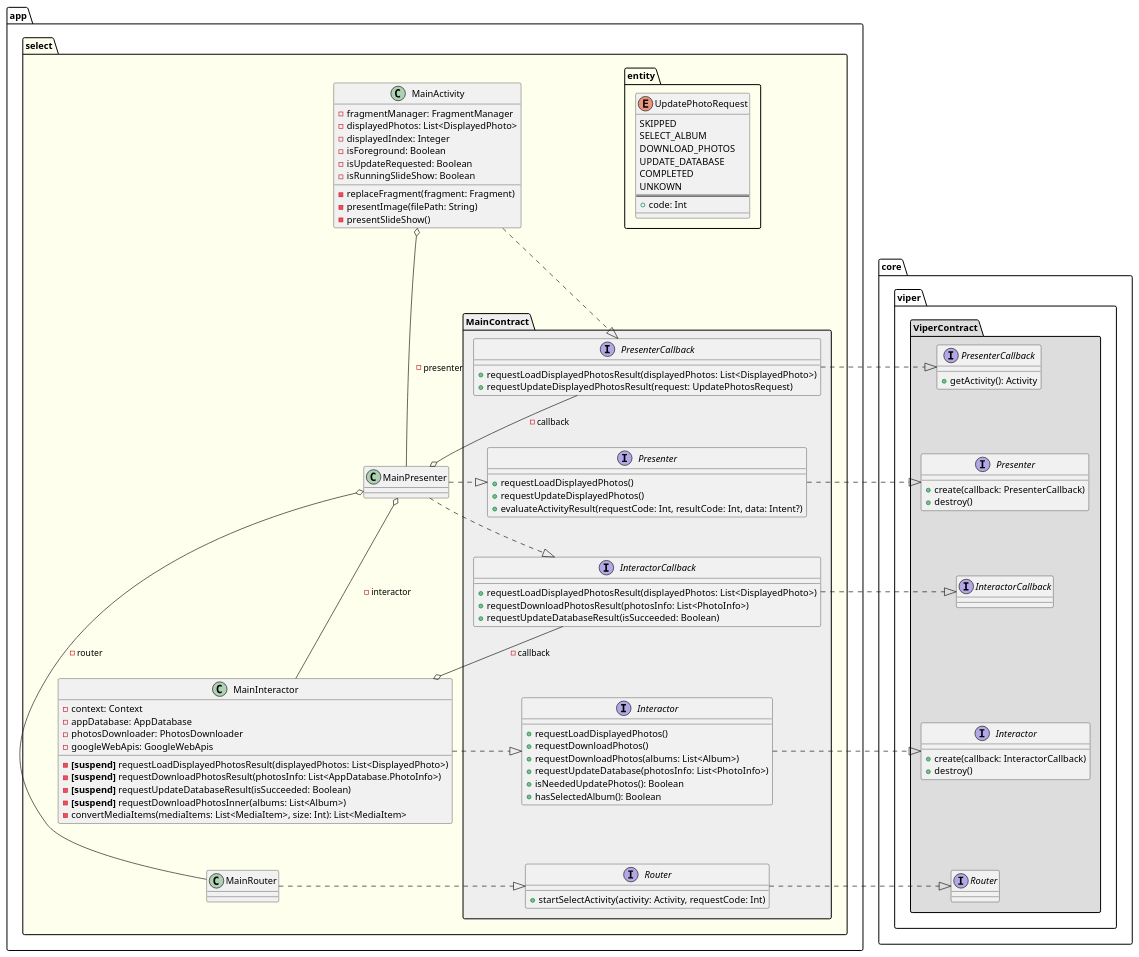
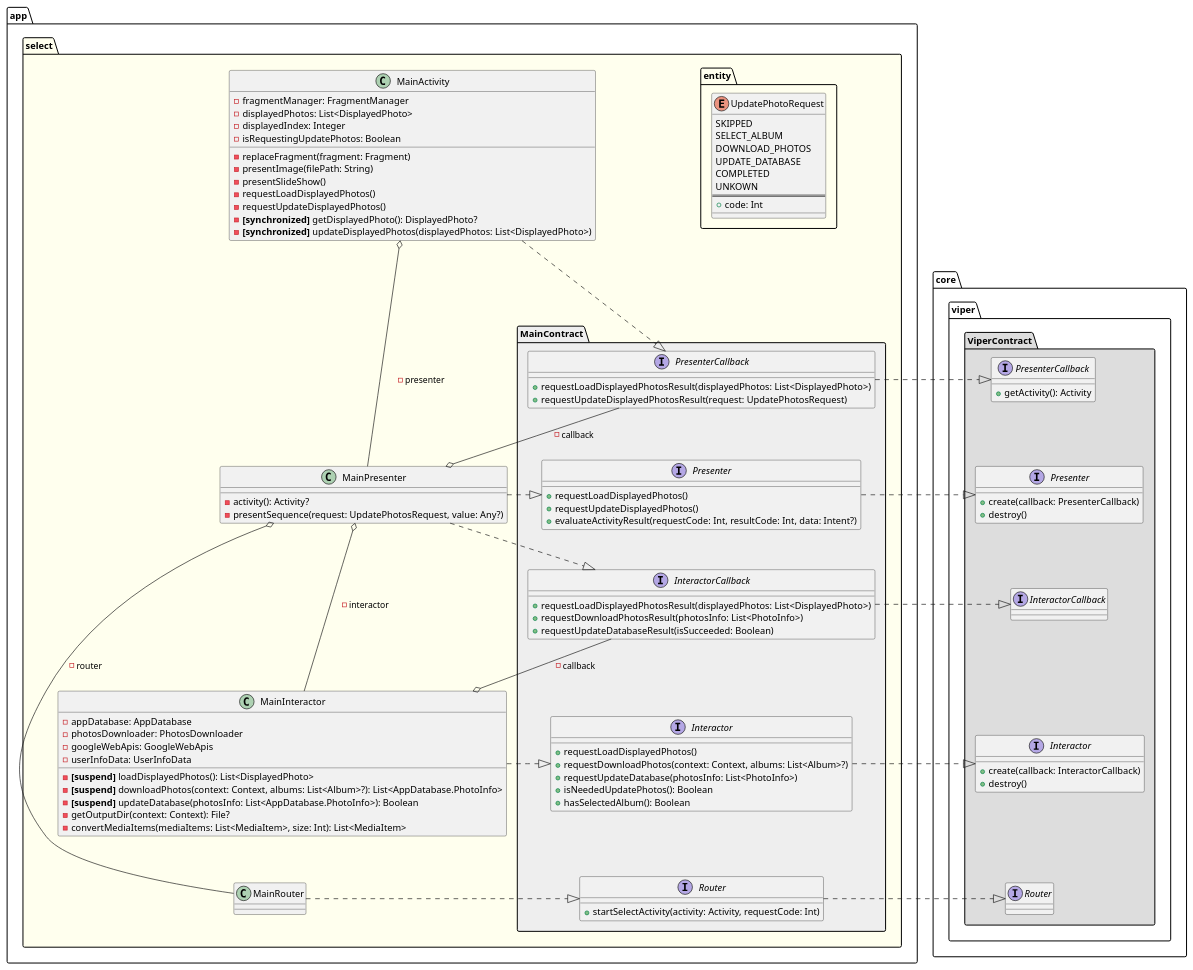
The diagram in uml/main/class_diagram_main_viper.md (sallyluenoa/PhotoSlideShow), drawn with PlantUML before and after one commit. The commit also changed 18 other files, not shown here.

First line of the commit message:
Write UML for design #13

```diff
--- a/uml/main/class_diagram_main_viper.md
+++ b/uml/main/class_diagram_main_viper.md
@@ -34,8 +34,7 @@
     }
     interface Interactor {
       + requestLoadDisplayedPhotos()
-      + requestDownloadPhotos()
-      + requestDownloadPhotos(albums: List<Album>)
+      + requestDownloadPhotos(context: Context, albums: List<Album>?)
       + requestUpdateDatabase(photosInfo: List<PhotoInfo>)
       + isNeededUpdatePhotos(): Boolean
       + hasSelectedAlbum(): Boolean
@@ -73,23 +72,28 @@
     - fragmentManager: FragmentManager
     - displayedPhotos: List<DisplayedPhoto>
     - displayedIndex: Integer
-    - isForeground: Boolean
-    - isUpdateRequested: Boolean
-    - isRunningSlideShow: Boolean
+    - isRequestingUpdatePhotos: Boolean
     - replaceFragment(fragment: Fragment)
     - presentImage(filePath: String)
     - presentSlideShow()
+    - requestLoadDisplayedPhotos()
+    - requestUpdateDisplayedPhotos()
+    - <b>[synchronized]</b> getDisplayedPhoto(): DisplayedPhoto?
+    - <b>[synchronized]</b> updateDisplayedPhotos(displayedPhotos: List<DisplayedPhoto>)
   }
-  class MainPresenter
+  class MainPresenter {
+    - activity(): Activity?
+    - presentSequence(request: UpdatePhotosRequest, value: Any?)
+  }
   class MainInteractor {
-    - context: Context
     - appDatabase: AppDatabase
     - photosDownloader: PhotosDownloader
     - googleWebApis: GoogleWebApis
-    - <b>[suspend]</b> requestLoadDisplayedPhotosResult(displayedPhotos: List<DisplayedPhoto>)
-    - <b>[suspend]</b> requestDownloadPhotosResult(photosInfo: List<AppDatabase.PhotoInfo>)
-    - <b>[suspend]</b> requestUpdateDatabaseResult(isSucceeded: Boolean)
-    - <b>[suspend]</b> requestDownloadPhotosInner(albums: List<Album>)
+    - userInfoData: UserInfoData
+    - <b>[suspend]</b> loadDisplayedPhotos(): List<DisplayedPhoto>
+    - <b>[suspend]</b> downloadPhotos(context: Context, albums: List<Album>?): List<AppDatabase.PhotoInfo>
+    - <b>[suspend]</b> updateDatabase(photosInfo: List<AppDatabase.PhotoInfo>): Boolean
+    - getOutputDir(context: Context): File?
     - convertMediaItems(mediaItems: List<MediaItem>, size: Int): List<MediaItem>
   }
   class MainRouter
```
